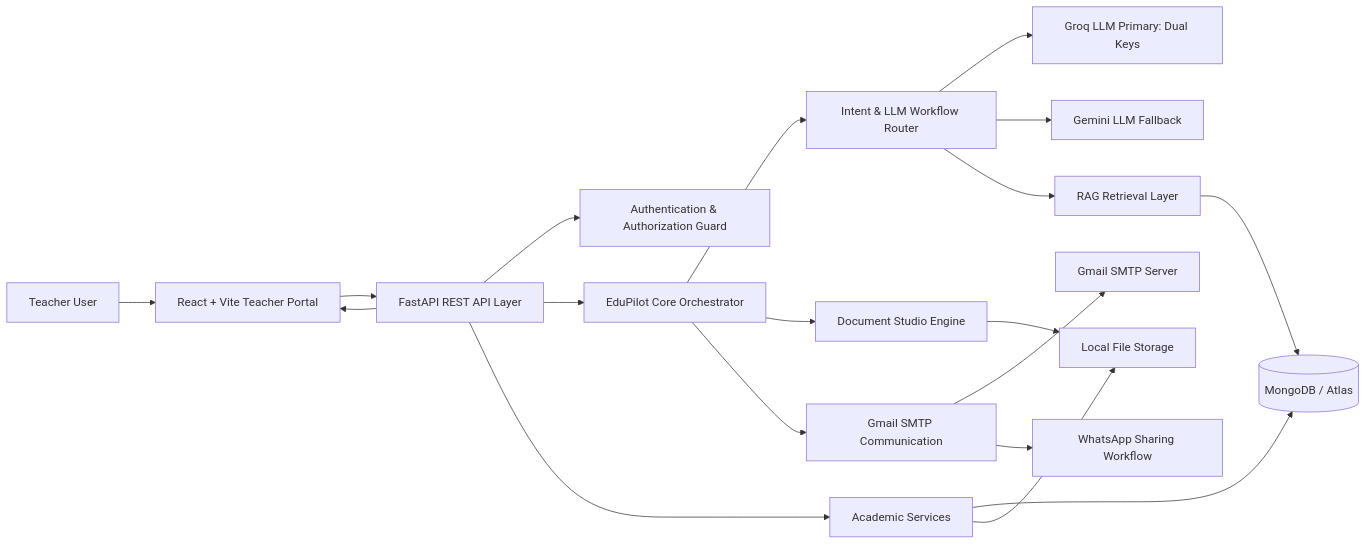
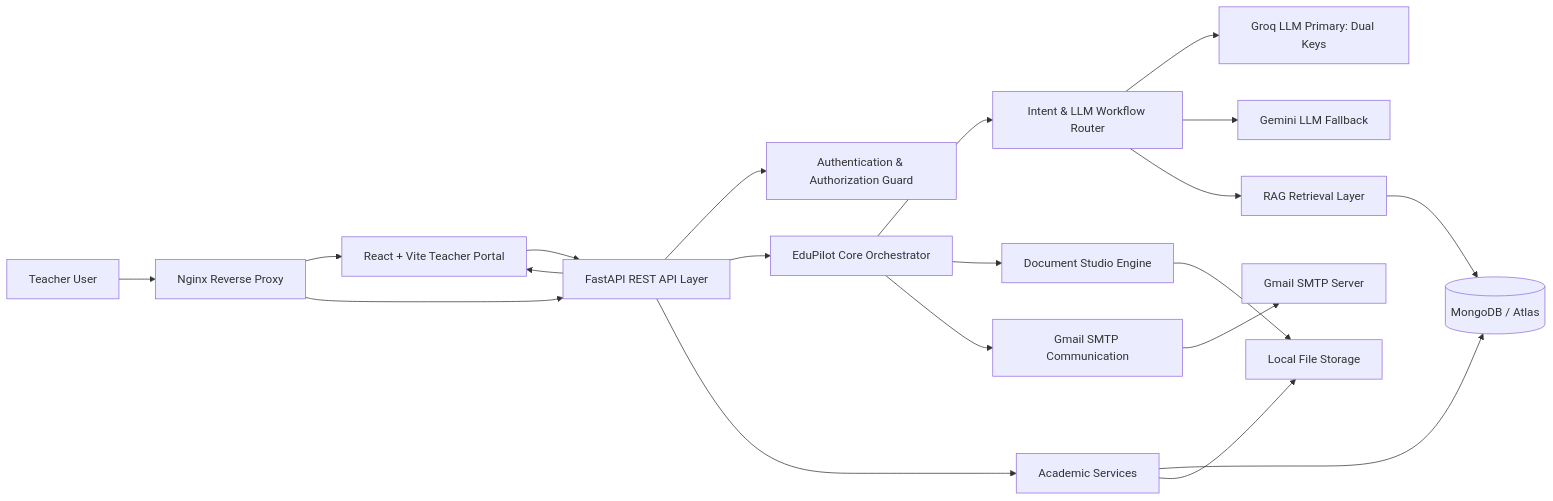
Before and after one commit to Babin123456/EduPilot-AI: the first of 3 diagrams in ARCHITECTURE.md, drawn with Mermaid. The commit also changed other lines of this file and 8 other files, not shown here.

````diff
--- a/ARCHITECTURE.md
+++ b/ARCHITECTURE.md
@@ -22,29 +22,30 @@
 ```mermaid
 flowchart LR
-    T[Teacher User] --> FE[React + Vite Teacher Portal]
+    T[Teacher User] --> NGINX[Nginx Reverse Proxy]
+    NGINX --> FE[React + Vite Teacher Portal]
+    NGINX --> API[FastAPI REST API Layer]
 
-    FE --> API[FastAPI REST API Layer]
+    FE --> API
 
     API --> AUTH[Authentication & Authorization Guard]
     API --> CORE[EduPilot Core Orchestrator]
     API --> SERVICES[Academic Services]
 
     SERVICES --> DB[(MongoDB / Atlas)]
     SERVICES --> STORE[Local File Storage]
 
     CORE --> ROUTER[Intent & LLM Workflow Router]
     ROUTER --> GROQ[Groq LLM Primary: Dual Keys]
     ROUTER --> GEMINI[Gemini LLM Fallback]
     ROUTER --> RAG[RAG Retrieval Layer]
 
     RAG --> DB
 
     CORE --> DOC[Document Studio Engine]
     CORE --> COMM[Gmail SMTP Communication]
 
     DOC --> STORE
     COMM --> MAIL[Gmail SMTP Server]
-    COMM --> WA[WhatsApp Sharing Workflow]
 
     API --> FE
 ```
````
